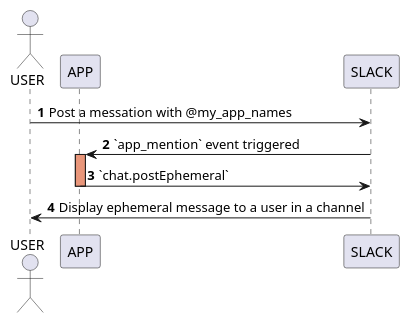
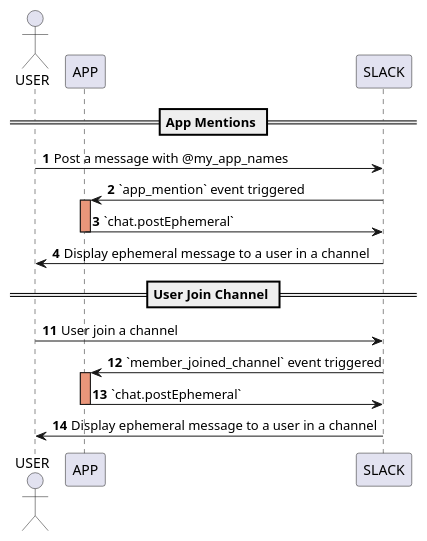
Before and after one commit to xNok/slack-go-demo-socketmode: the diagram in controllers/greetingController.puml, drawn with PlantUML. The commit also changed 10 other files, not shown here.

```diff
--- a/controllers/greetingController.puml
+++ b/controllers/greetingController.puml
@@ -1,13 +1,22 @@
 @startuml
 actor USER as U 
 participant APP as A
 participant SLACK as S
 
+== App Mentions ==
 autonumber
 
-U -> S: Post a messation with @my_app_names
+U -> S: Post a message with @my_app_names
 S -> A ++ #DarkSalmon: `app_mention` event triggered
 A -> S --: `chat.postEphemeral`
 S -> U: Display ephemeral message to a user in a channel
 
+== User Join Channel ==
+autonumber 11
+
+U -> S: User join a channel
+S -> A ++ #DarkSalmon: `member_joined_channel` event triggered
+A -> S --: `chat.postEphemeral`
+S -> U: Display ephemeral message to a user in a channel
+
 @enduml
```
